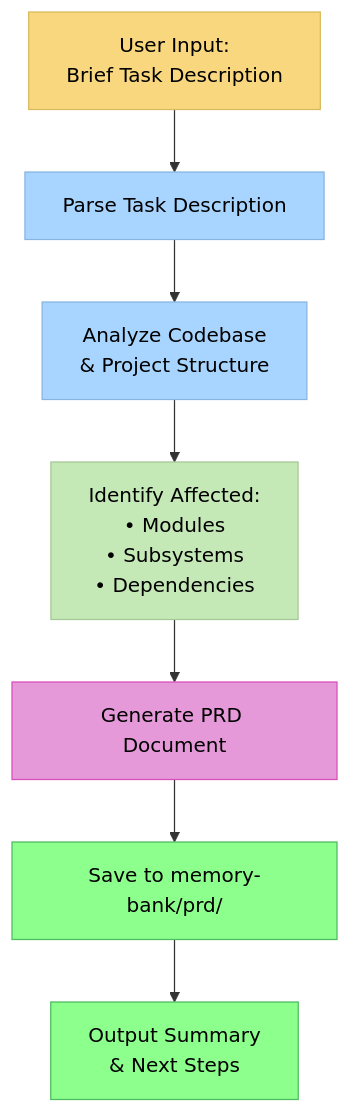
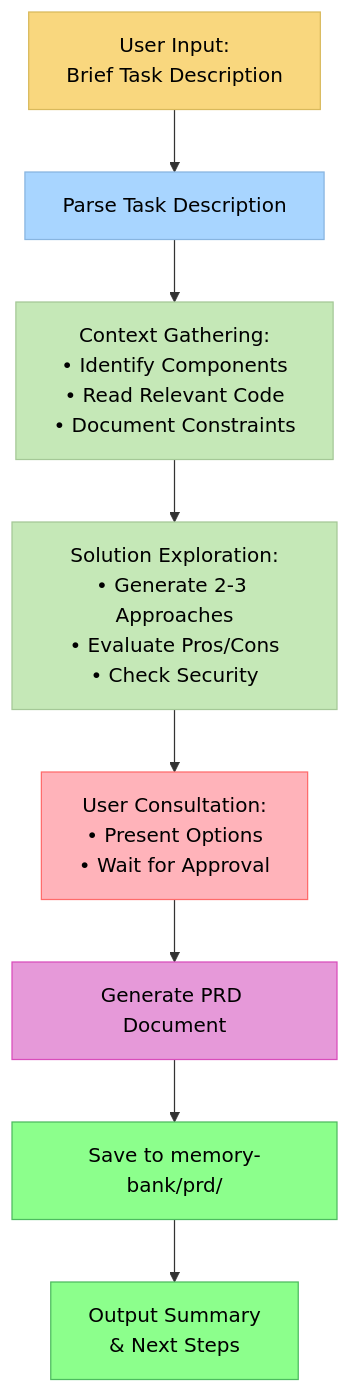
One commit to Angry-Robot-Deals/cursor-memory-bank-angry changed the first of 2 diagrams in .cursor/commands/prd.md. Above: the diagram before and after it, drawn with Mermaid. The commit also changed other lines of this file and 22 other files, not shown here.

````diff
--- a/.cursor/commands/prd.md
+++ b/.cursor/commands/prd.md
@@ -42,17 +43,19 @@
 ```mermaid
 graph TD
     Start["User Input:<br>Brief Task Description"] --> Parse["Parse Task Description"]
-    Parse --> Analyze["Analyze Codebase<br>& Project Structure"]
-    Analyze --> Identify["Identify Affected:<br>• Modules<br>• Subsystems<br>• Dependencies"]
-    Identify --> Generate["Generate PRD Document"]
+    Parse --> Context["Context Gathering:<br>• Identify Components<br>• Read Relevant Code<br>• Document Constraints"]
+    Context --> Explore["Solution Exploration:<br>• Generate 2-3 Approaches<br>• Evaluate Pros/Cons<br>• Check Security"]
+    Explore --> Consult["User Consultation:<br>• Present Options<br>• Wait for Approval"]
+    Consult --> Generate["Generate PRD Document"]
     Generate --> Save["Save to memory-bank/prd/"]
     Save --> Summary["Output Summary<br>& Next Steps"]
     
     style Start fill:#f9d77e,stroke:#d9b95c,color:black
     style Parse fill:#a8d5ff,stroke:#88b5e0,color:black
-    style Analyze fill:#a8d5ff,stroke:#88b5e0,color:black
-    style Identify fill:#c5e8b7,stroke:#a5c897,color:black
+    style Context fill:#c5e8b7,stroke:#a5c897,color:black
+    style Explore fill:#c5e8b7,stroke:#a5c897,color:black
+    style Consult fill:#ffb3ba,stroke:#ff6b6b,color:black
     style Generate fill:#e699d9,stroke:#d94dbb,color:black
     style Save fill:#8cff8c,stroke:#4dbb5f,color:black
     style Summary fill:#8cff8c,stroke:#4dbb5f,color:black
 ```
````
